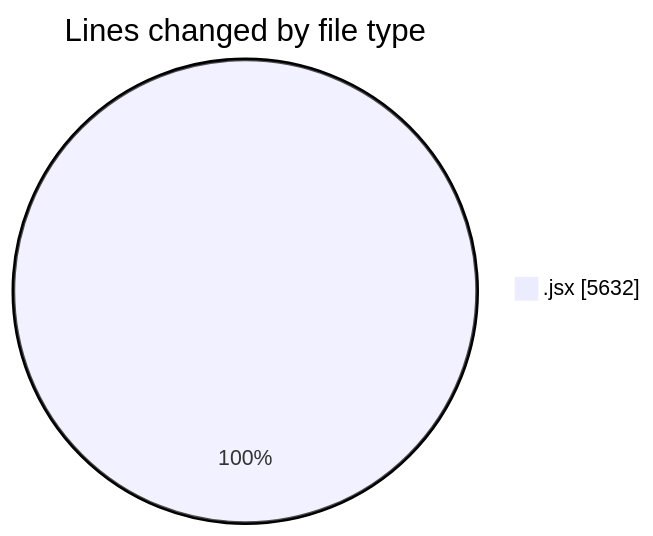
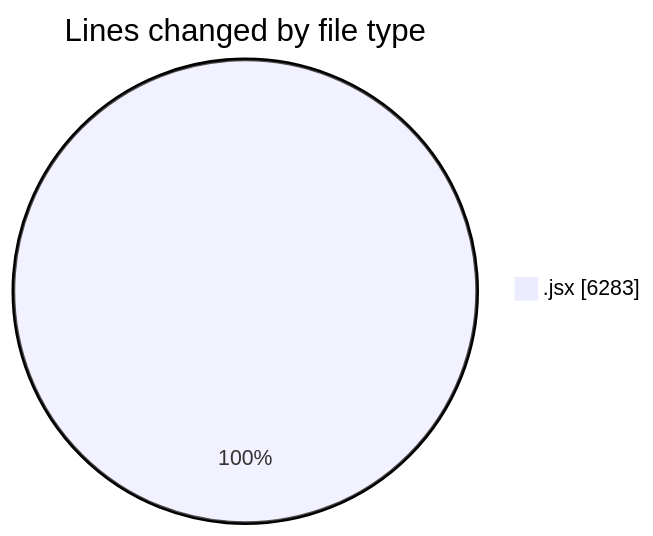
The first of 2 diagrams in 2025-09-09/nxtqube_webapp/README.md (nxtqubesakshisongat/code-tracking), drawn with Mermaid before and after one commit. The commit also changed other lines of this file and 1 other file, not shown here.

````diff
--- a/2025-09-09/nxtqube_webapp/README.md
+++ b/2025-09-09/nxtqube_webapp/README.md
@@ -22,5 +22,5 @@
 ```mermaid
 pie showData
 title Lines changed by file type
-".jsx" : 5632
+".jsx" : 6283
 ```
````
